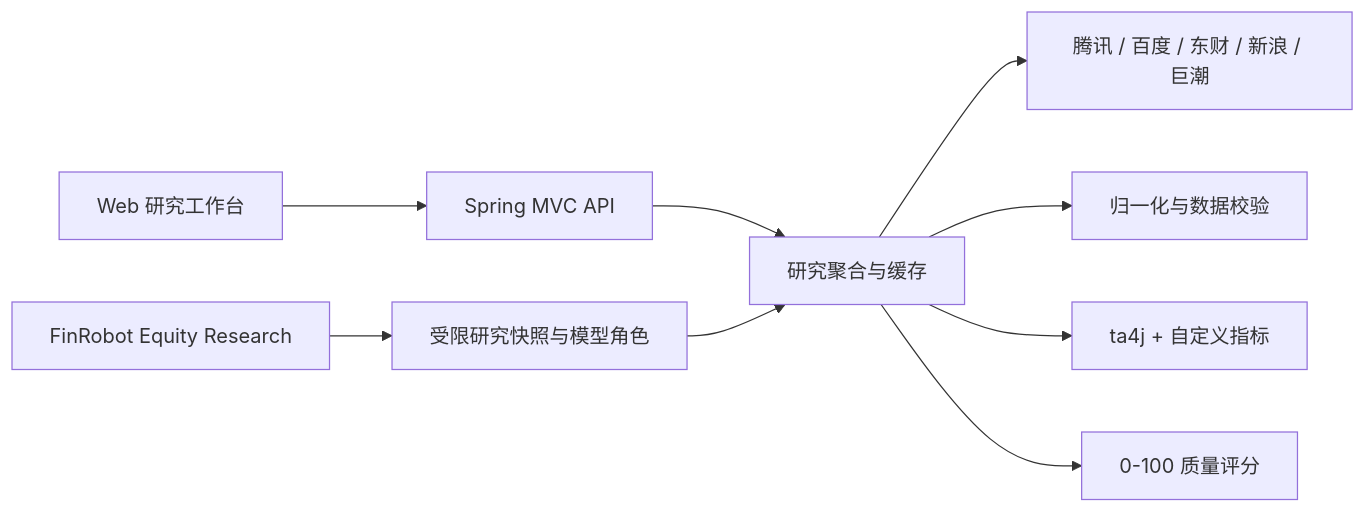
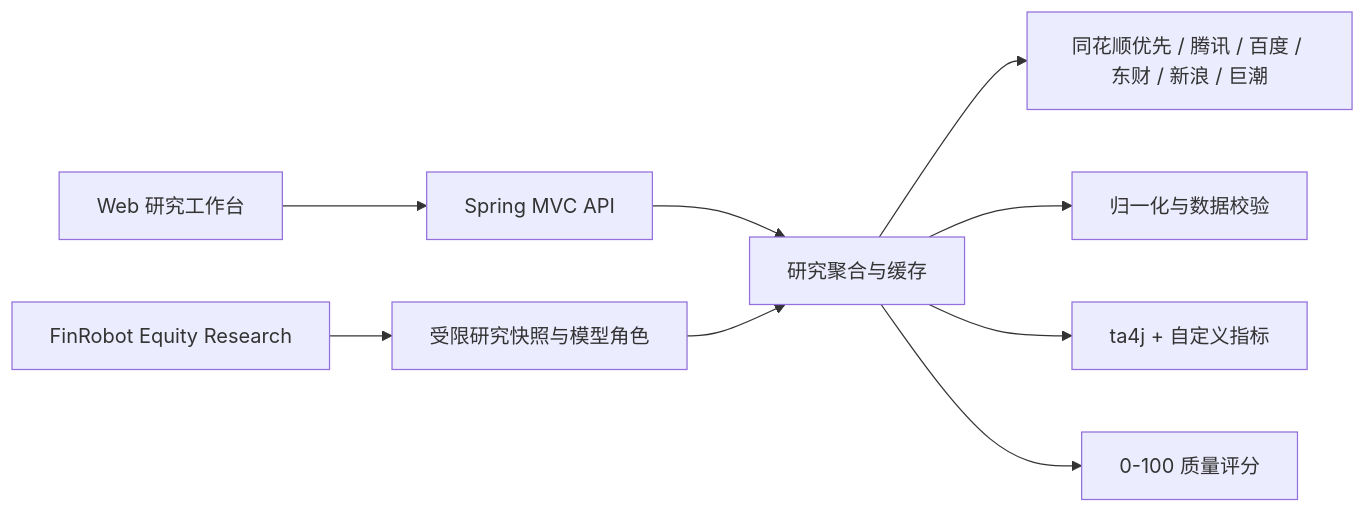
One commit to xixi66666/a-stock-agent changed the diagram in README.md. Above: the diagram before and after it, drawn with Mermaid. The commit also changed other lines of this file and 7 other files, not shown here.

````diff
--- a/README.md
+++ b/README.md
@@ -133,11 +134,11 @@
 ```mermaid
 flowchart LR
   UI["Web 研究工作台"] --> API["Spring MVC API"]
   API --> Aggregate["研究聚合与缓存"]
-  Aggregate --> Providers["腾讯 / 百度 / 东财 / 新浪 / 巨潮"]
+  Aggregate --> Providers["同花顺优先 / 腾讯 / 百度 / 东财 / 新浪 / 巨潮"]
   Aggregate --> Validate["归一化与数据校验"]
   Aggregate --> Technical["ta4j + 自定义指标"]
   Aggregate --> Quality["0-100 质量评分"]
   FinRobot["FinRobot Equity Research"] --> Tools["受限研究快照与模型角色"]
   Tools --> Aggregate
 ```
````
